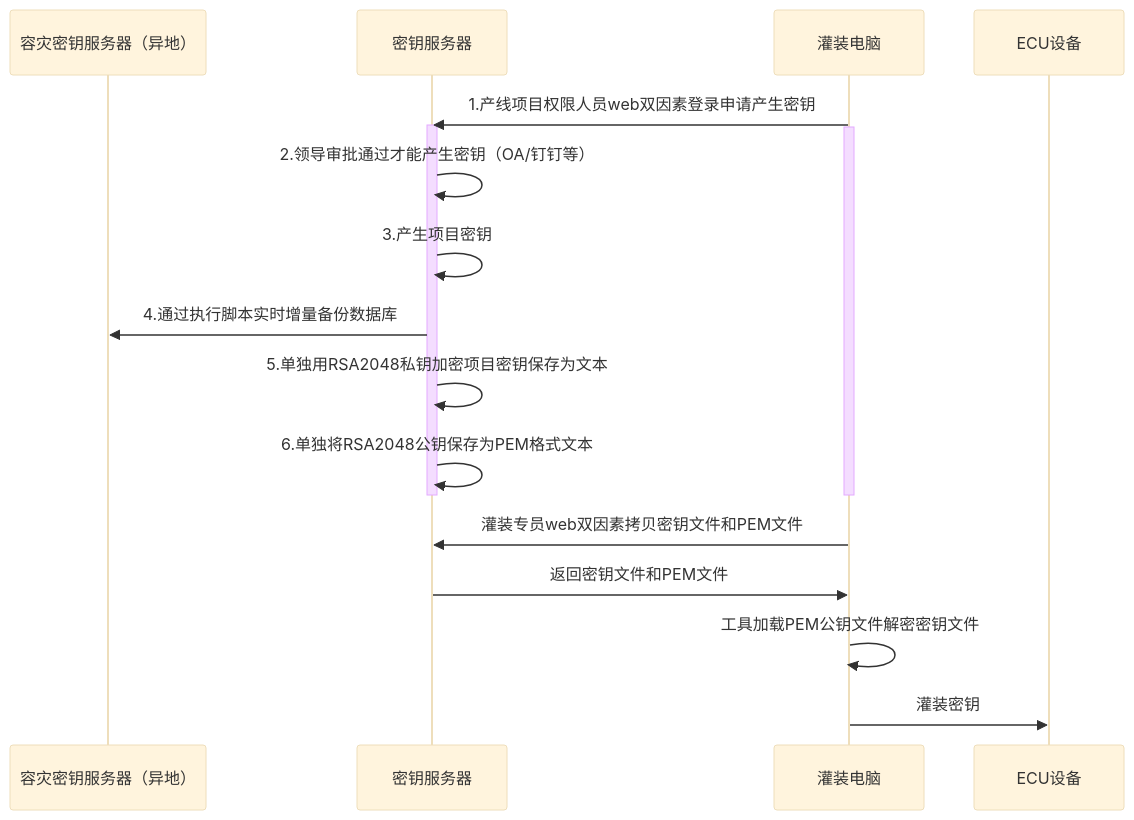
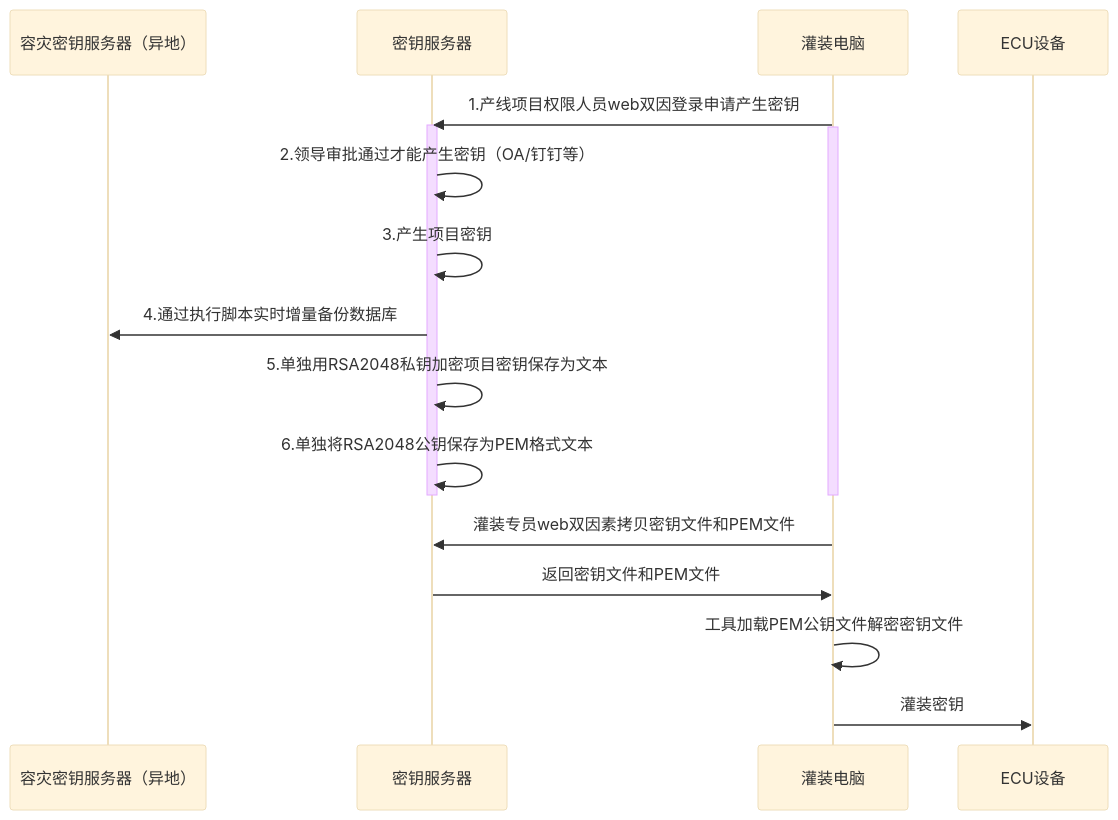
One commit to facebook-cloud/iodraw-files changed the diagram in all/未命名-15.md. Above: the diagram before and after it, drawn with Mermaid (base theme).

Commit message:
2026-02-11 19:48:55 update

````diff
--- a/all/未命名-15.md
+++ b/all/未命名-15.md
@@ -1,25 +1,25 @@
 ```mermaid
 sequenceDiagram
     participant A as 容灾密钥服务器（异地）
     participant B as 密钥服务器
     participant D as 灌装电脑
     participant E as ECU设备
 
     
-    D->>B: 1.产线项目权限人员web双因素登录申请产生密钥
+    D->>B: 1.产线项目权限人员web双因登录申请产生密钥
     activate B
     activate D
     B->>B: 2.领导审批通过才能产生密钥（OA/钉钉等）
     B->>B: 3.产生项目密钥
     B->>A: 4.通过执行脚本实时增量备份数据库
     B->>B: 5.单独用RSA2048私钥加密项目密钥保存为文本
     B->>B: 6.单独将RSA2048公钥保存为PEM格式文本
     deactivate B
     deactivate D
 
     
     D->>B: 灌装专员web双因素拷贝密钥文件和PEM文件
     B->>D: 返回密钥文件和PEM文件
     D->>D:工具加载PEM公钥文件解密密钥文件
     D->>E: 灌装密钥
 ```
````
